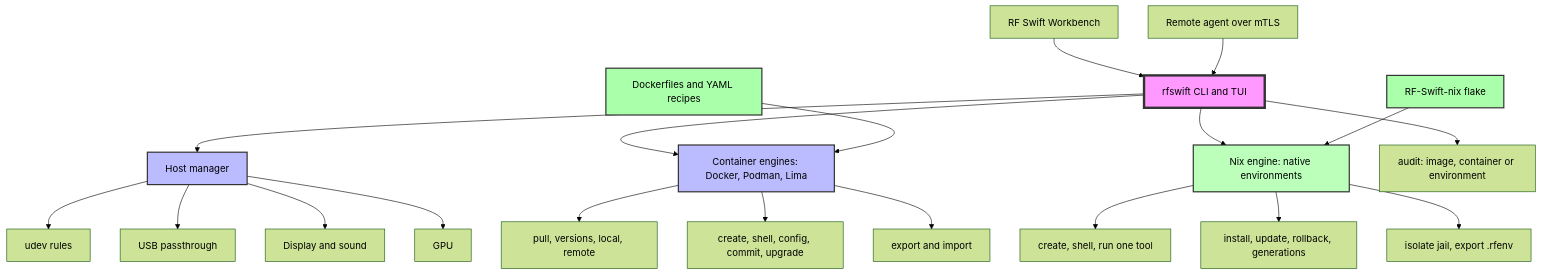
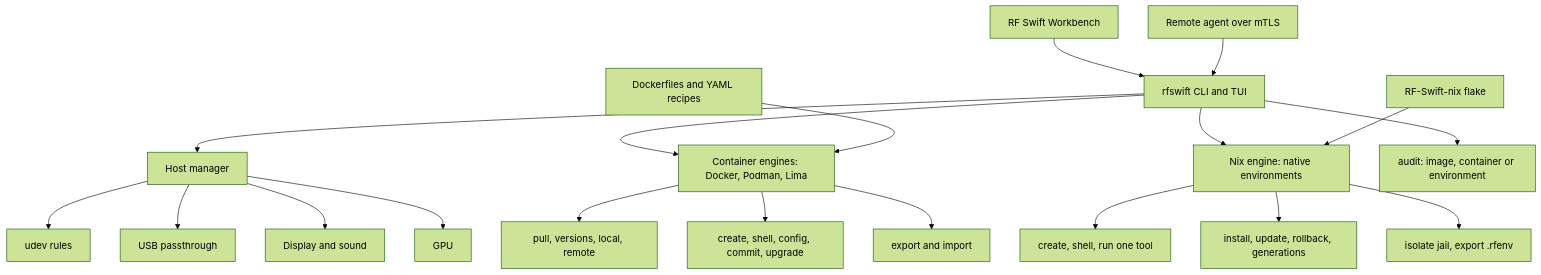
Before and after one commit to PentHertz/rfswift-doc-v2: the second of 2 diagrams in content/docs/_index.md, drawn with Mermaid (forest theme). The commit also changed other lines of this file and 135 other files, not shown here.

````diff
--- a/content/docs/_index.md
+++ b/content/docs/_index.md
@@ -103,28 +135,21 @@
 ```mermaid
 graph TD
     W[RF Swift Workbench] --> A[rfswift CLI and TUI]
     R[Remote agent over mTLS] --> A
     A --> B[Host manager]
     B --> C[udev rules]
     B --> D[USB passthrough]
     B --> F[Display and sound]
     B --> E[GPU]
     A --> G[Container engines: Docker, Podman, Lima]
     A --> N[Nix engine: native environments]
     H[Dockerfiles and YAML recipes] --> G
     X[RF-Swift-nix flake] --> N
     G --> I[pull, versions, local, remote]
     G --> J[create, shell, config, commit, upgrade]
     G --> K[export and import]
     N --> O[create, shell, run one tool]
     N --> P[install, update, rollback, generations]
     N --> Q[isolate jail, export .rfenv]
     A --> S[audit: image, container or environment]
-
-    style A fill:#f9f,stroke:#333,stroke-width:4px
-    style B fill:#bbf,stroke:#333,stroke-width:2px
-    style G fill:#bbf,stroke:#333,stroke-width:2px
-    style N fill:#bfb,stroke:#333,stroke-width:2px
-    style H fill:#afa,stroke:#333,stroke-width:2px
-    style X fill:#afa,stroke:#333,stroke-width:2px
 ```
````
